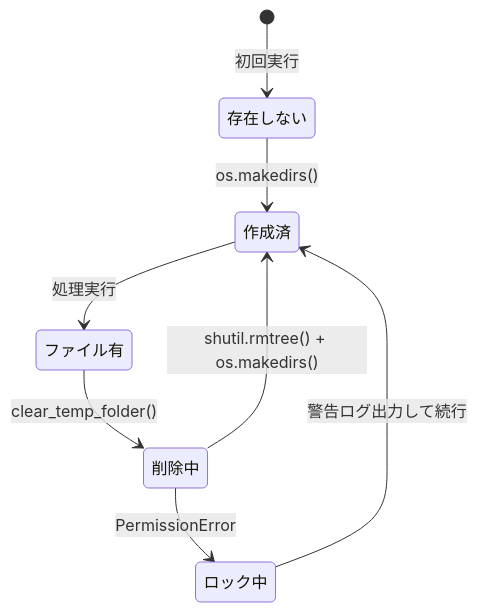
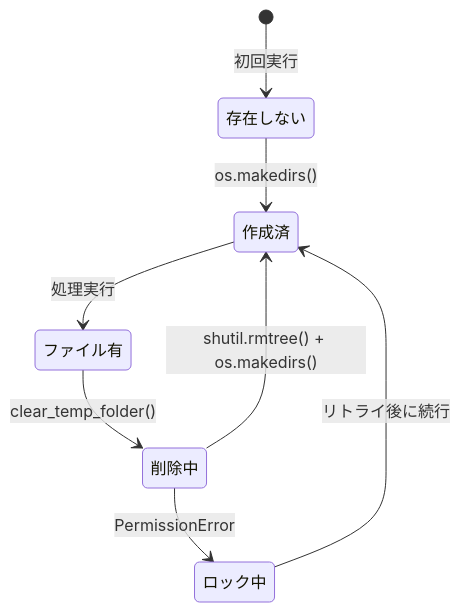
Before and after one commit to J1921604/MyVoice-Maker: the second of 3 diagrams in specs/001-MyVoice-Maker/data-model.md, drawn with Mermaid. The commit also changed other lines of this file and 35 other files, not shown here.

````diff
--- a/specs/001-MyVoice-Maker/data-model.md
+++ b/specs/001-MyVoice-Maker/data-model.md
@@ -72,12 +85,12 @@
 ```mermaid
 stateDiagram-v2
     [*] --> 存在しない: 初回実行
     存在しない --> 作成済: os.makedirs()
-    
+
     作成済 --> ファイル有: 処理実行
     ファイル有 --> 削除中: clear_temp_folder()
     削除中 --> 作成済: shutil.rmtree() + os.makedirs()
-    
+
     削除中 --> ロック中: PermissionError
-    ロック中 --> 作成済: 警告ログ出力して続行
+    ロック中 --> 作成済: リトライ後に続行
 ```
````
